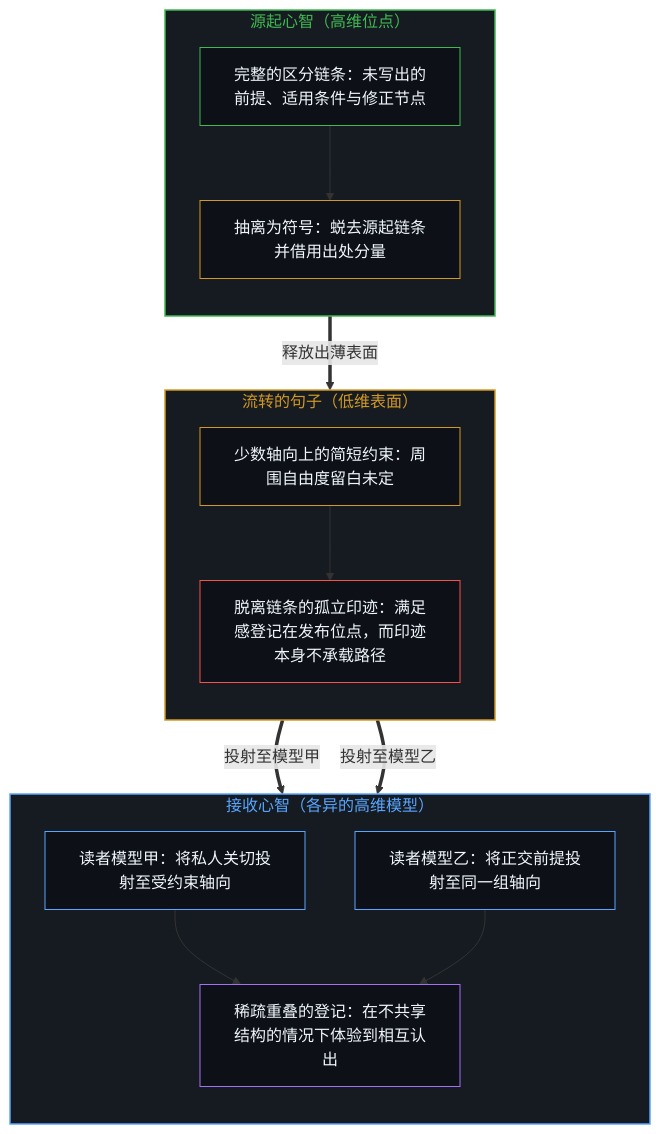
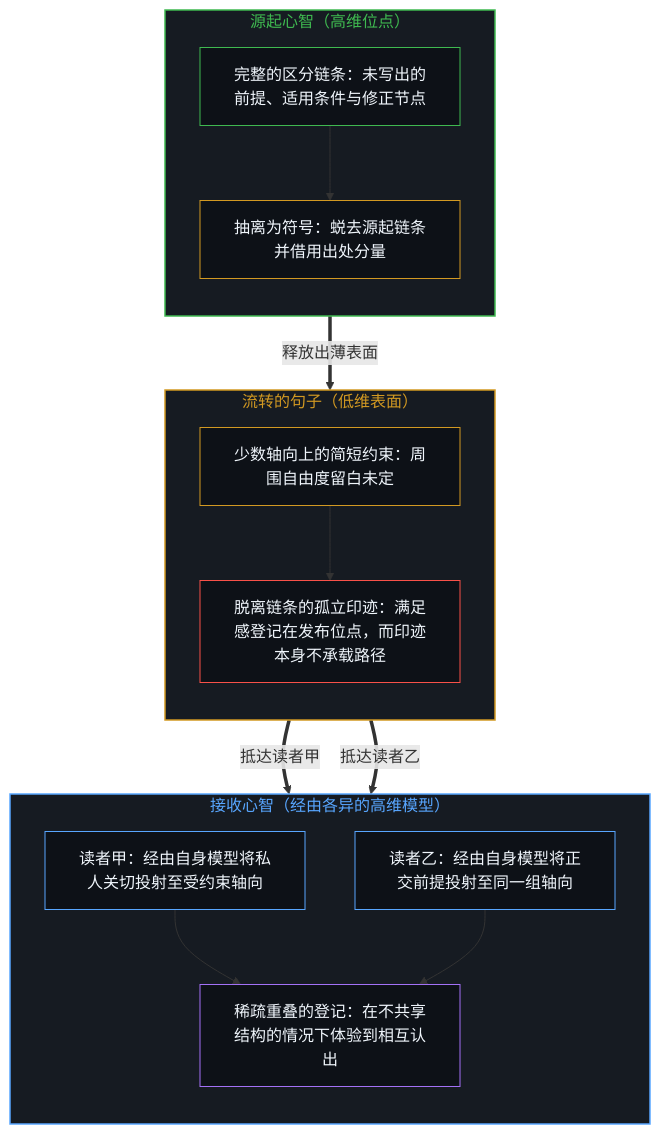
Before and after one commit to powerpig99/not-a-toe: the first of 4 diagrams in content/posts/the-surface-that-registers.md, drawn with Mermaid. The commit also changed other lines of this file and 3 other files, not shown here.

````diff
--- a/content/posts/the-surface-that-registers.md
+++ b/content/posts/the-surface-that-registers.md
@@ -27,36 +27,36 @@
 ```mermaid
 flowchart TD
     subgraph S_Orig["源起心智（高维位点）"]
         direction TB
         O_Chain["完整的区分链条：未写出的前提、适用条件与修正节点"]
         O_Drop["抽离为符号：蜕去源起链条并借用出处分量"]
         O_Chain --> O_Drop
     end
     subgraph S_Surf["流转的句子（低维表面）"]
         direction TB
         Surf_Axes["少数轴向上的简短约束：周围自由度留白未定"]
         Surf_Zero["脱离链条的孤立印迹：满足感登记在发布位点，而印迹本身不承载路径"]
         Surf_Axes --> Surf_Zero
     end
-    subgraph S_Read["接收心智（各异的高维模型）"]
+    subgraph S_Read["接收心智（经由各异的高维模型）"]
         direction TB
-        R_MapA["读者模型甲：将私人关切投射至受约束轴向"]
-        R_MapB["读者模型乙：将正交前提投射至同一组轴向"]
+        R_MapA["读者甲：经由自身模型将私人关切投射至受约束轴向"]
+        R_MapB["读者乙：经由自身模型将正交前提投射至同一组轴向"]
         R_Res["稀疏重叠的登记：在不共享结构的情况下体验到相互认出"]
         R_MapA --> R_Res
         R_MapB --> R_Res
     end
     O_Drop ==>|"释放出薄表面"| Surf_Axes
-    Surf_Zero ==>|"投射至模型甲"| R_MapA
-    Surf_Zero ==>|"投射至模型乙"| R_MapB
+    Surf_Zero ==>|"抵达读者甲"| R_MapA
+    Surf_Zero ==>|"抵达读者乙"| R_MapB
     style S_Orig fill:#161b22,stroke:#3fb950,stroke-width:1.5px,color:#3fb950
     style S_Surf fill:#161b22,stroke:#d29922,stroke-width:1.5px,color:#d29922
     style S_Read fill:#161b22,stroke:#58a6ff,stroke-width:1.5px,color:#58a6ff
     style O_Chain fill:#0d1117,stroke:#3fb950,stroke-width:1px,color:#f0f6fc
     style O_Drop fill:#0d1117,stroke:#d29922,stroke-width:1px,color:#f0f6fc
     style Surf_Axes fill:#0d1117,stroke:#d29922,stroke-width:1px,color:#f0f6fc
     style Surf_Zero fill:#0d1117,stroke:#f85149,stroke-width:1px,color:#f0f6fc
     style R_MapA fill:#0d1117,stroke:#58a6ff,stroke-width:1px,color:#f0f6fc
     style R_MapB fill:#0d1117,stroke:#58a6ff,stroke-width:1px,color:#f0f6fc
     style R_Res fill:#0d1117,stroke:#a371f7,stroke-width:1px,color:#f0f6fc
 ```
````
